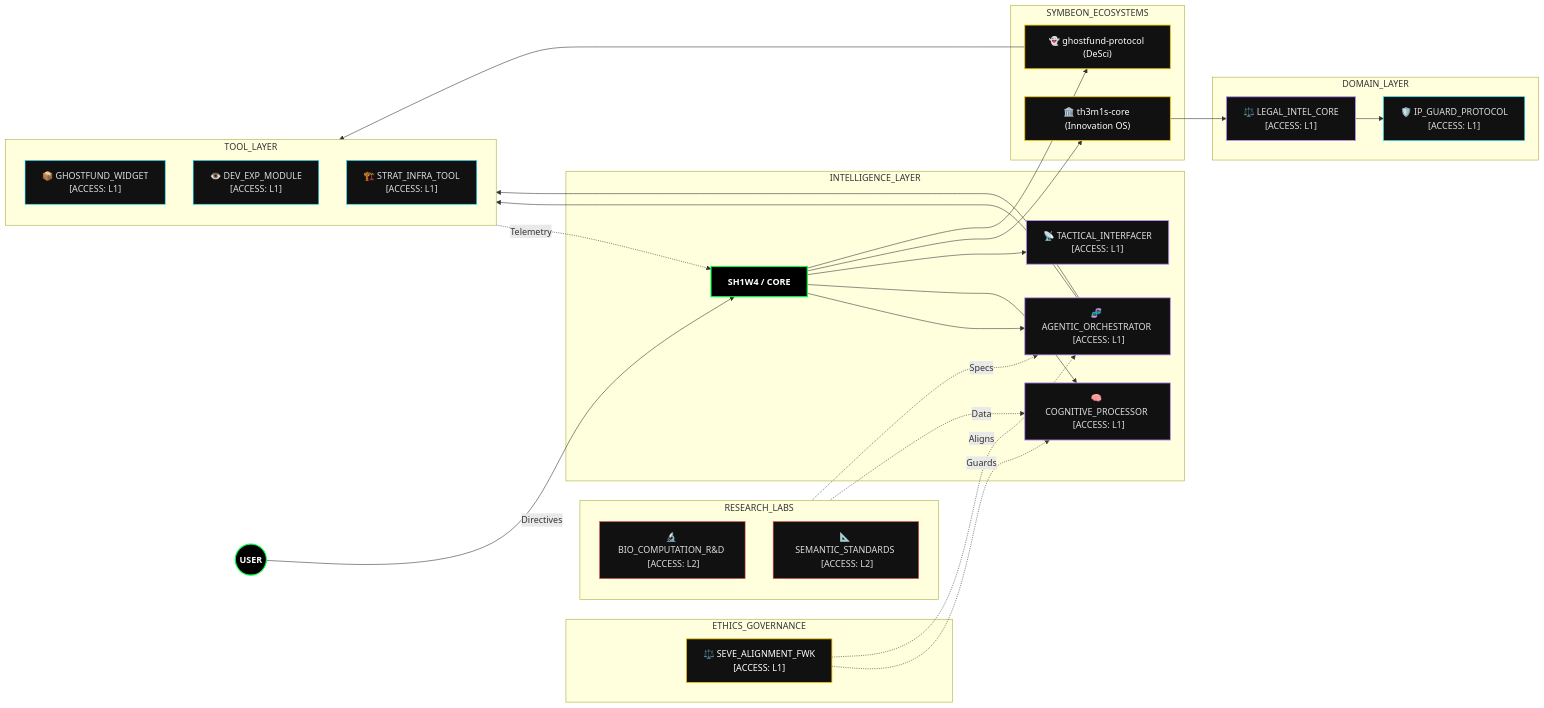
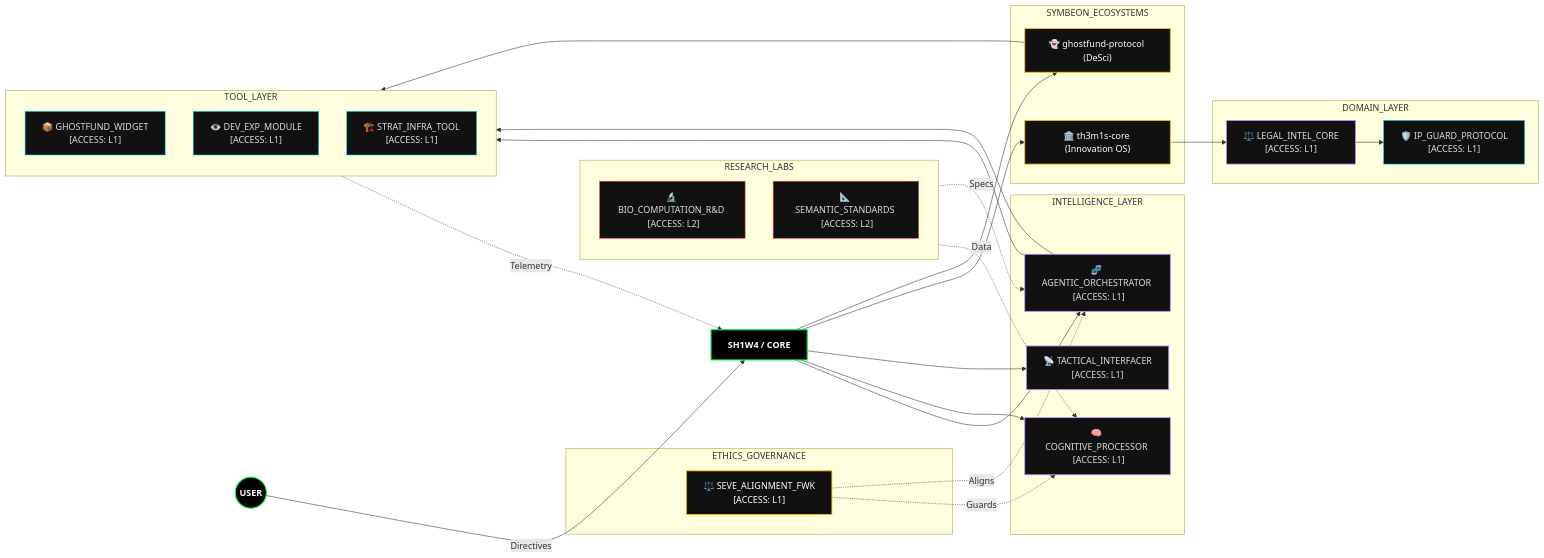
The first of 3 diagrams in README.md (SH1W4/sh1w4), drawn with Mermaid before and after one commit.

Commit message:
fix: resolve Mermaid syntax error in profile README

````diff
--- a/README.md
+++ b/README.md
@@ -91,51 +91,72 @@
 ```mermaid
 %% Cache-Bust: 2026-01-06T23:49:20.744785
 graph LR
     %% Themes & Styles (Pure Cyberpunk Architecture)
     classDef core fill:#000,stroke:#00ff41,stroke-width:2px,color:#fff,font-weight:bold;
     classDef agent fill:#111,stroke:#bd93f9,stroke-width:1.5px,color:#ddd;
     classDef tool fill:#111,stroke:#00d9ff,stroke-width:1px,color:#ddd;
     classDef ethics fill:#111,stroke:#f1c40f,stroke-width:1.5px,color:#fff;
     classDef research fill:#111,stroke:#ff5555,stroke-width:1px,color:#ddd;
     classDef restricted fill:#0d1117,stroke:#333,color:#666,stroke-dasharray: 5 5;
 
     User((USER)):::core -->|Directives| Core[SH1W4 / CORE]:::core
+    
     subgraph ETHICS_GOVERNANCE
         SEVE["⚖️ SEVE_ALIGNMENT_FWK <br/> [ACCESS: L1]"]:::ethics
     end
+    
     subgraph RESEARCH_LABS
         direction TB
         BIO["🔬 BIO_COMPUTATION_R&D <br/> [ACCESS: L2]"]:::research
         PROTO["📐 SEMANTIC_STANDARDS <br/> [ACCESS: L2]"]:::research
     end
+    
     subgraph INTELLIGENCE_LAYER
-        Core --> VIREON["🧬 AGENTIC_ORCHESTRATOR <br/> [ACCESS: L1]"]:::agent
-        Core --> TRINITY["🧠 COGNITIVE_PROCESSOR <br/> [ACCESS: L1]"]:::agent
-        Core --> AIDEN["📡 TACTICAL_INTERFACER <br/> [ACCESS: L1]"]:::agent
+        VIREON["🧬 AGENTIC_ORCHESTRATOR <br/> [ACCESS: L1]"]:::agent
+        TRINITY["🧠 COGNITIVE_PROCESSOR <br/> [ACCESS: L1]"]:::agent
+        AIDEN["📡 TACTICAL_INTERFACER <br/> [ACCESS: L1]"]:::agent
     end
+
     subgraph SYMBEON_ECOSYSTEMS
-        Core --> T_CORE["🏛️ th3m1s-core (Innovation OS)"]:::ethics
-        Core --> G_FUND["👻 ghostfund-protocol (DeSci)"]:::ethics
+        T_CORE["🏛️ th3m1s-core (Innovation OS)"]:::ethics
+        G_FUND["👻 ghostfund-protocol (DeSci)"]:::ethics
     end
+
     subgraph DOMAIN_LAYER
-        T_CORE --> LEGAL["⚖️ LEGAL_INTEL_CORE <br/> [ACCESS: L1]"]:::agent
-        LEGAL --> SHIELD["🛡️ IP_GUARD_PROTOCOL <br/> [ACCESS: L1]"]:::tool
+        LEGAL["⚖️ LEGAL_INTEL_CORE <br/> [ACCESS: L1]"]:::agent
+        SHIELD["🛡️ IP_GUARD_PROTOCOL <br/> [ACCESS: L1]"]:::tool
     end
+
     subgraph TOOL_LAYER
         direction TB
-        G_FUND --> GF_WIDGET["📦 GHOSTFUND_WIDGET <br/> [ACCESS: L1]"]:::tool
-        VIREON --> DX_KIT["👁️ DEV_EXP_MODULE <br/> [ACCESS: L1]"]:::tool
-        VIREON --> ARKITECH["🏗️ STRAT_INFRA_TOOL <br/> [ACCESS: L1]"]:::tool
+        GF_WIDGET["📦 GHOSTFUND_WIDGET <br/> [ACCESS: L1]"]:::tool
+        DX_KIT["👁️ DEV_EXP_MODULE <br/> [ACCESS: L1]"]:::tool
+        ARKITECH["🏗️ STRAT_INFRA_TOOL <br/> [ACCESS: L1]"]:::tool
     end
+
+    %% Connections
+    Core --> VIREON
+    Core --> TRINITY
+    Core --> AIDEN
+    Core --> T_CORE
+    Core --> G_FUND
+
+    T_CORE --> LEGAL
+    LEGAL --> SHIELD
+    
+    G_FUND --> GF_WIDGET
+    VIREON --> DX_KIT
+    VIREON --> ARKITECH
+
     %% Strategic Relationship Links
     SEVE -.->|Guards| TRINITY
     SEVE -.->|Aligns| VIREON
     BIO -.->|Data| TRINITY
     PROTO -.->|Specs| VIREON
     DX_KIT -.->|Telemetry| Core
     
     %% Implicit Vertical Order (Invisibly pinning Labs to bottom)
     User ~~~ SEVE
     User ~~~ BIO
 
 ```
````
